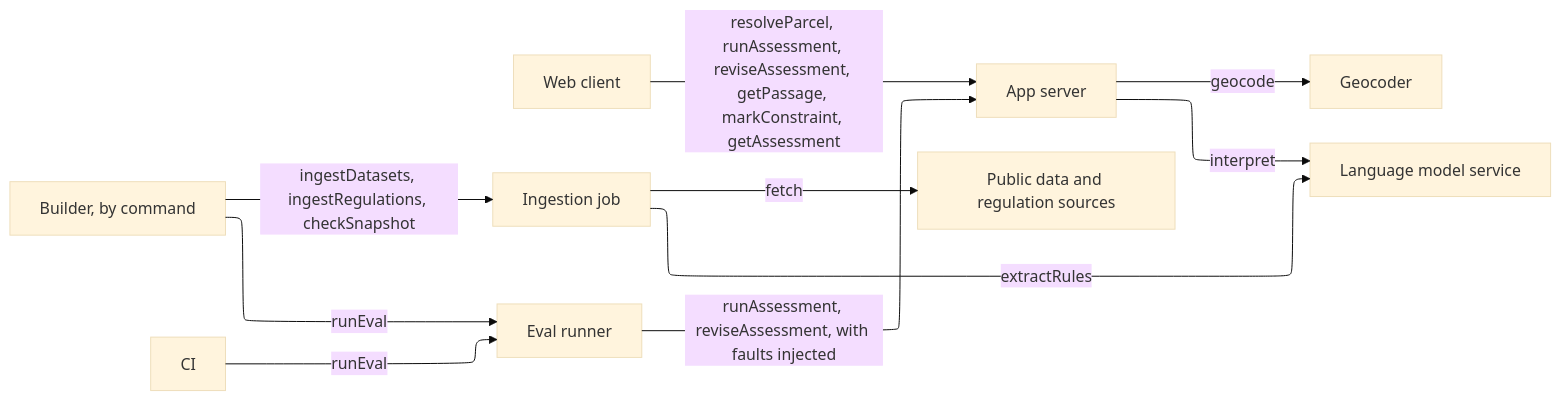
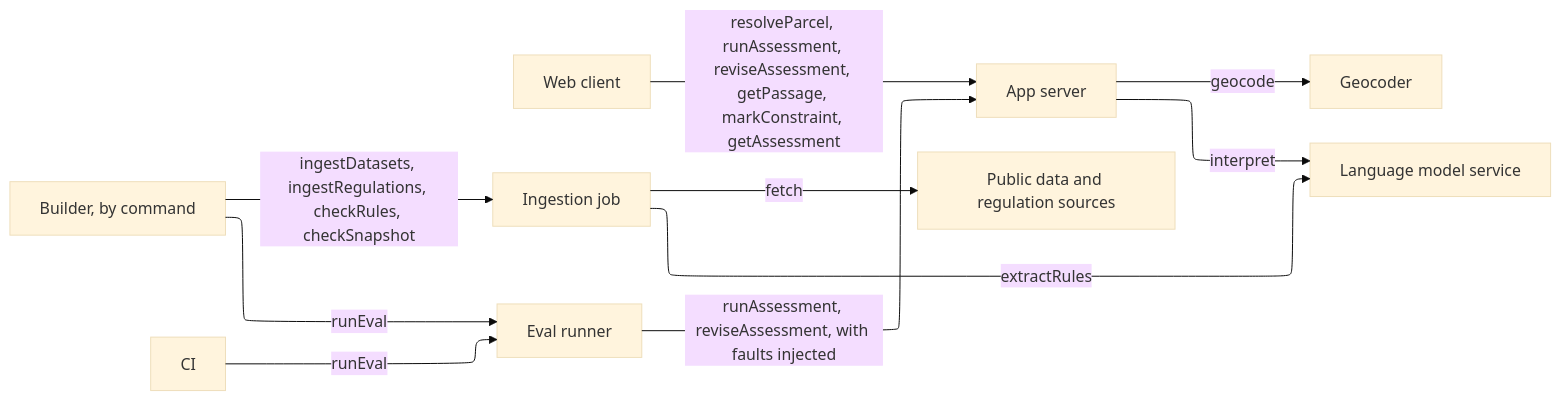
The third of 4 diagrams in docs/HIGH_LEVEL_DESIGN.md (ThinkBuildMake/cover-home-building-regulatory), drawn with Mermaid (base theme) before and after one commit. The commit also changed other lines of this file and 2 other files, not shown here.

````diff
--- a/docs/HIGH_LEVEL_DESIGN.md
+++ b/docs/HIGH_LEVEL_DESIGN.md
@@ -140,16 +140,16 @@
 ```mermaid
 ---
 config:
   layout: elk
 ---
 flowchart LR
   client[Web client] -->|resolveParcel, runAssessment, reviseAssessment, getPassage, markConstraint, getAssessment| app[App server]
-  builder[Builder, by command] -->|ingestDatasets, ingestRegulations, checkSnapshot| ingest[Ingestion job]
+  builder[Builder, by command] -->|ingestDatasets, ingestRegulations, checkRules, checkSnapshot| ingest[Ingestion job]
   builder -->|runEval| evalr[Eval runner]
   ci[CI] -->|runEval| evalr
   evalr -->|runAssessment, reviseAssessment, with faults injected| app
   app -->|geocode| geo[Geocoder]
   app -->|interpret| llm[Language model service]
   ingest -->|fetch| src[Public data and regulation sources]
   ingest -->|extractRules| llm
 ```
````
